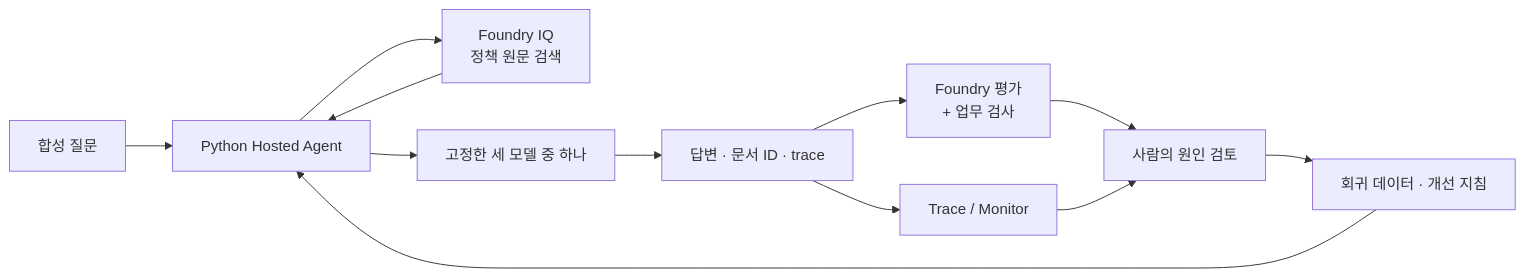
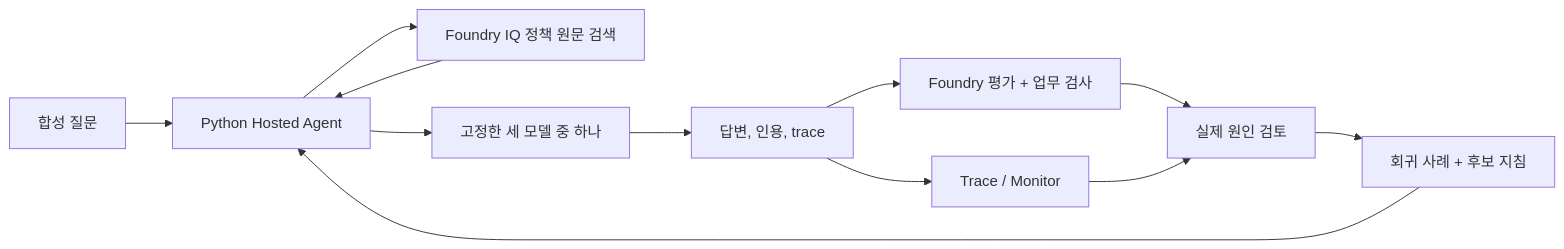
One commit to junwoojeong100/foundry-evaluation changed the diagram in docs/reference.ko.md. Above: the diagram before and after it, drawn with Mermaid. The commit also changed other lines of this file and 21 other files, not shown here.

````diff
--- a/docs/reference.ko.md
+++ b/docs/reference.ko.md
@@ -57,14 +275,14 @@
 ```mermaid
 flowchart LR
     Q["합성 질문"] --> A["Python Hosted Agent"]
-    A --> K["Foundry IQ\n정책 원문 검색"]
+    A --> K["Foundry IQ 정책 원문 검색"]
     K --> A
     A --> M["고정한 세 모델 중 하나"]
-    M --> R["답변 · 문서 ID · trace"]
-    R --> E["Foundry 평가\n+ 업무 검사"]
+    M --> R["답변, 인용, trace"]
+    R --> E["Foundry 평가 + 업무 검사"]
     R --> T["Trace / Monitor"]
-    E --> H["사람의 원인 검토"]
+    E --> H["실제 원인 검토"]
     T --> H
-    H --> P["회귀 데이터 · 개선 지침"]
+    H --> P["회귀 사례 + 후보 지침"]
     P --> A
 ```
````
